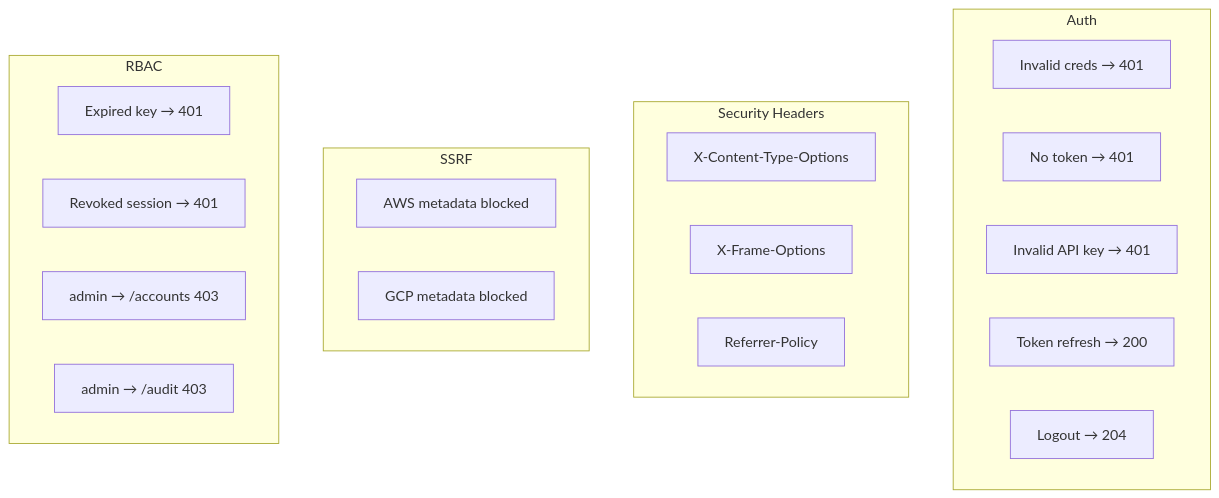
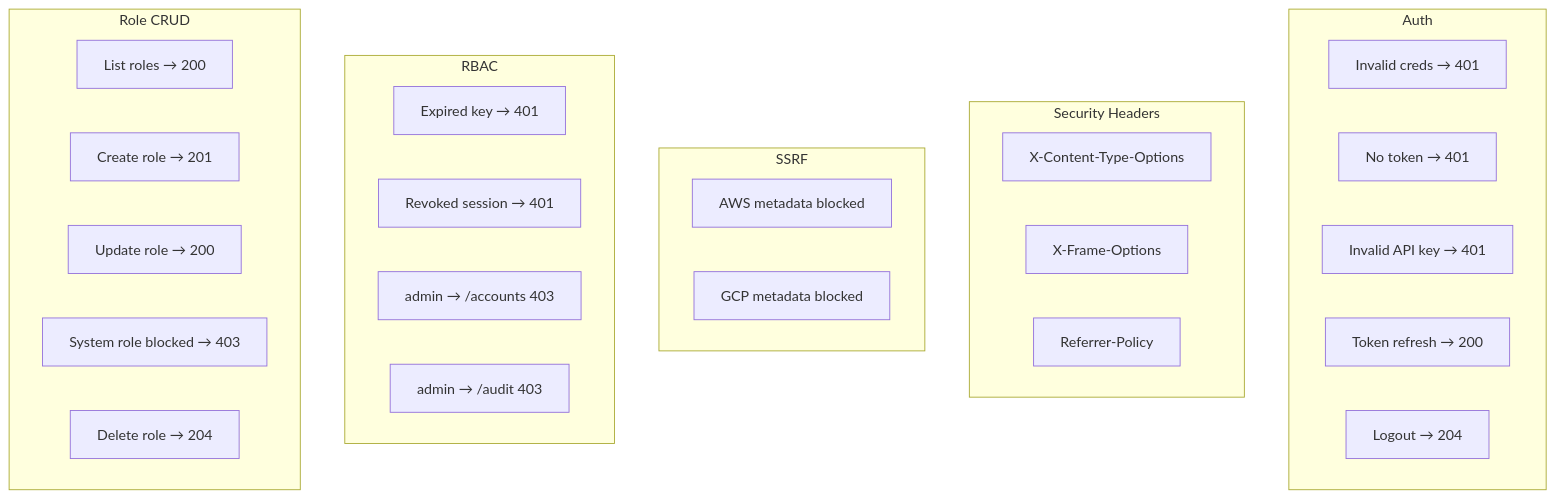
Before and after one commit to beegy-labs/veronex: the sixth of 10 diagrams in scripts/e2e/README.md, drawn with Mermaid. The commit also changed other lines of this file and 73 other files, not shown here.

````diff
--- a/scripts/e2e/README.md
+++ b/scripts/e2e/README.md
@@ -272,28 +285,36 @@
 ```mermaid
 flowchart TD
     subgraph "Auth"
         A1[Invalid creds → 401]
         A2[No token → 401]
         A3[Invalid API key → 401]
         A4[Token refresh → 200]
         A5[Logout → 204]
     end
 
     subgraph "Security Headers"
         H1[X-Content-Type-Options]
         H2[X-Frame-Options]
         H3[Referrer-Policy]
     end
 
     subgraph "SSRF"
         S1[AWS metadata blocked]
         S2[GCP metadata blocked]
     end
 
     subgraph "RBAC"
         R1[Expired key → 401]
         R2[Revoked session → 401]
         R3[admin → /accounts 403]
         R4[admin → /audit 403]
     end
+
+    subgraph "Role CRUD"
+        RC1[List roles → 200]
+        RC2[Create role → 201]
+        RC3[Update role → 200]
+        RC4[System role blocked → 403]
+        RC5[Delete role → 204]
+    end
 ```
````
